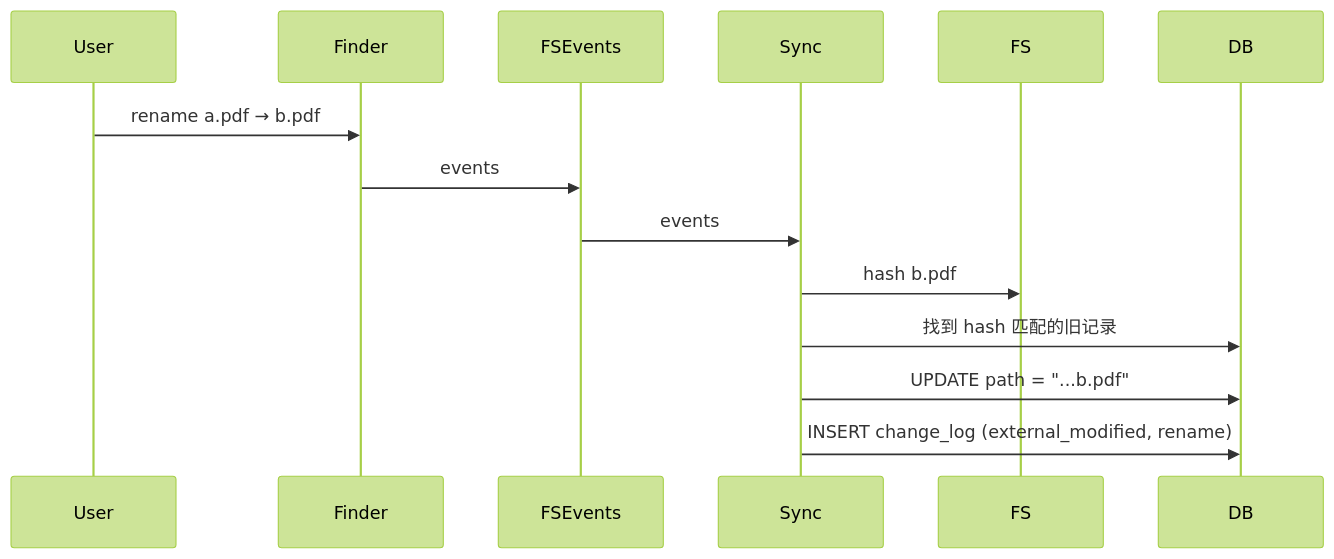
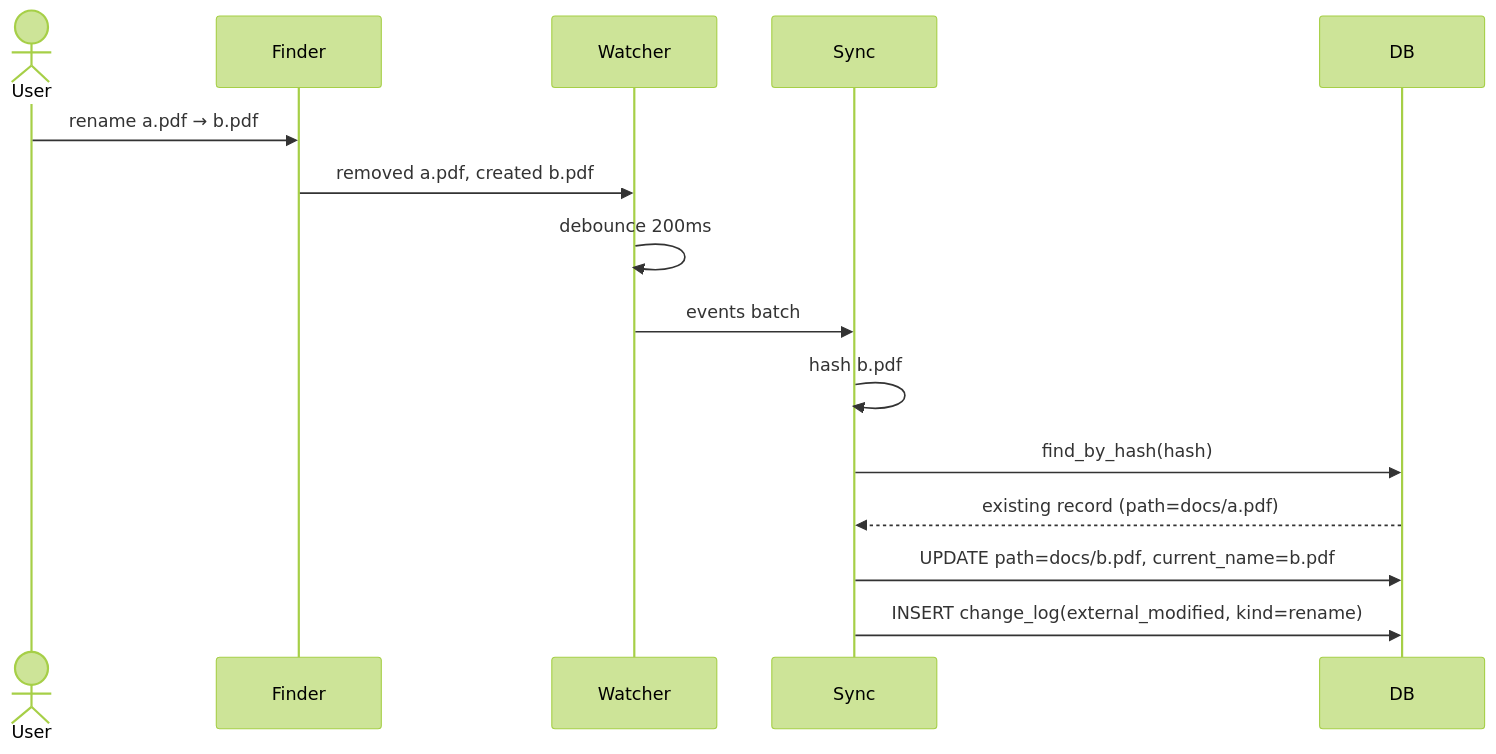
One commit to AreaSong/AreaMatrix changed the third of 13 diagrams in docs/architecture/source-of-truth.md. Above: the diagram before and after it, drawn with Mermaid (forest theme). The commit also changed other lines of this file and 18 other files, not shown here.

````diff
--- a/docs/architecture/source-of-truth.md
+++ b/docs/architecture/source-of-truth.md
@@ -79,10 +98,17 @@
 ```mermaid
 sequenceDiagram
+    actor User
+    participant Finder
+    participant Watcher
+    participant Sync
+    participant DB
     User->>Finder: rename a.pdf → b.pdf
-    Finder->>FSEvents: events
-    FSEvents->>Sync: events
-    Sync->>FS: hash b.pdf
-    Sync->>DB: 找到 hash 匹配的旧记录
-    Sync->>DB: UPDATE path = "...b.pdf"
-    Sync->>DB: INSERT change_log (external_modified, rename)
+    Finder->>Watcher: removed a.pdf, created b.pdf
+    Watcher->>Watcher: debounce 200ms
+    Watcher->>Sync: events batch
+    Sync->>Sync: hash b.pdf
+    Sync->>DB: find_by_hash(hash)
+    DB-->>Sync: existing record (path=docs/a.pdf)
+    Sync->>DB: UPDATE path=docs/b.pdf, current_name=b.pdf
+    Sync->>DB: INSERT change_log(external_modified, kind=rename)
 ```
````
